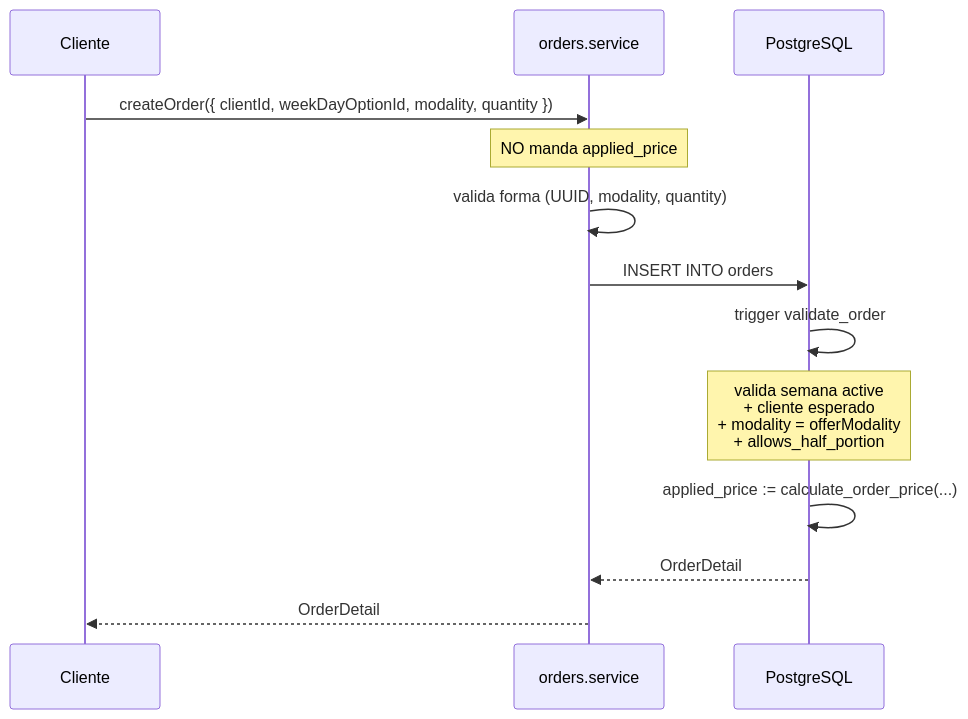
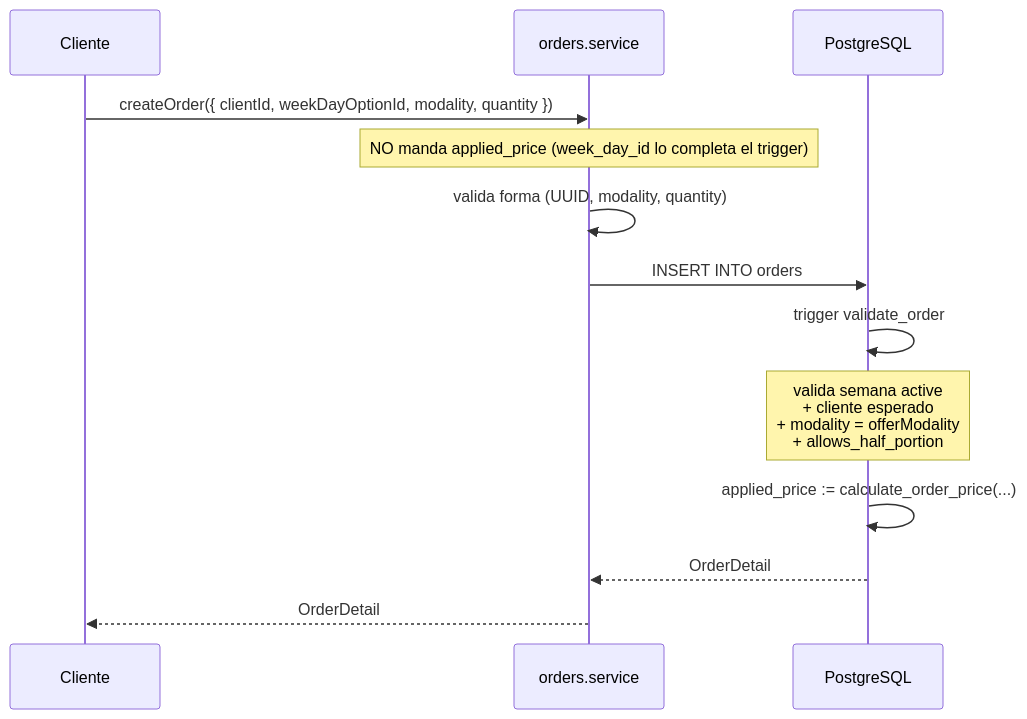
The third of 9 diagrams in docs/flujos.md (Franc0-L/Todo-Artesanal-Legacy), drawn with Mermaid before and after one commit. The commit also changed other lines of this file and 20 other files, not shown here.

````diff
--- a/docs/flujos.md
+++ b/docs/flujos.md
@@ -151,16 +160,16 @@
 ```mermaid
 sequenceDiagram
     participant C as Cliente
     participant S as orders.service
     participant DB as PostgreSQL
 
     C->>S: createOrder({ clientId, weekDayOptionId, modality, quantity })
-    Note over S: NO manda applied_price
+    Note over S: NO manda applied_price (week_day_id lo completa el trigger)
     S->>S: valida forma (UUID, modality, quantity)
     S->>DB: INSERT INTO orders
     DB->>DB: trigger validate_order
     Note over DB: valida semana active<br/>+ cliente esperado<br/>+ modality = offerModality<br/>+ allows_half_portion
     DB->>DB: applied_price := calculate_order_price(...)
     DB-->>S: OrderDetail
     S-->>C: OrderDetail
 ```
````
